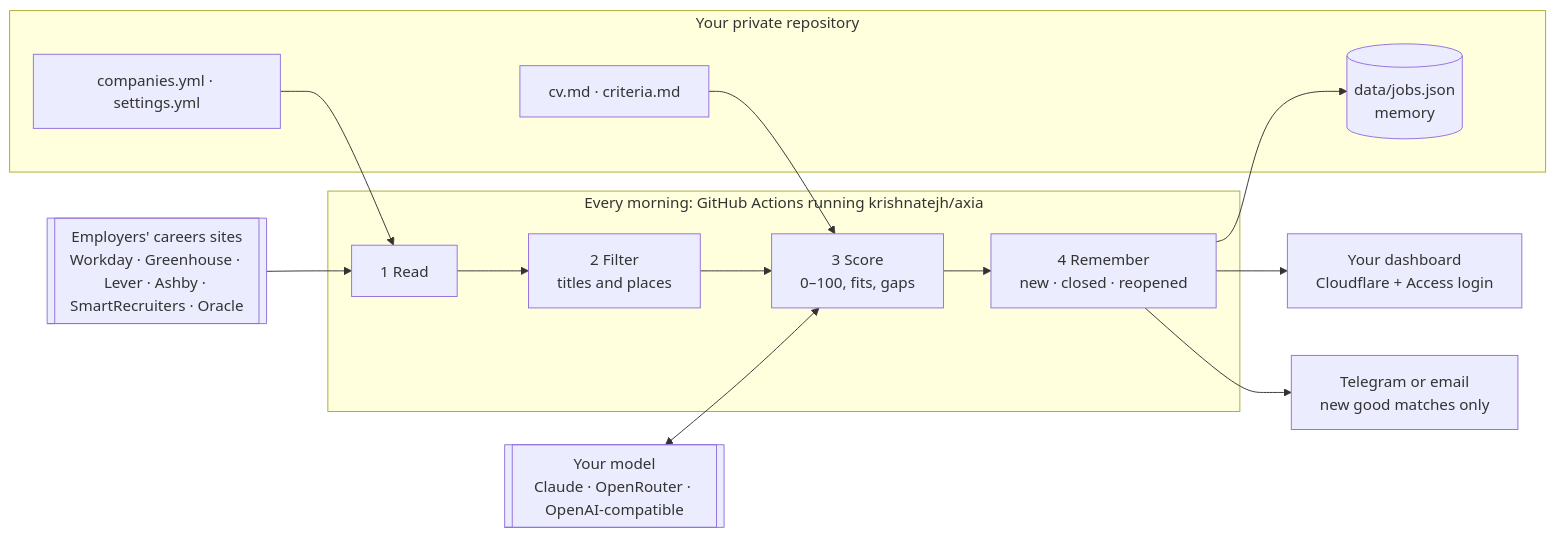
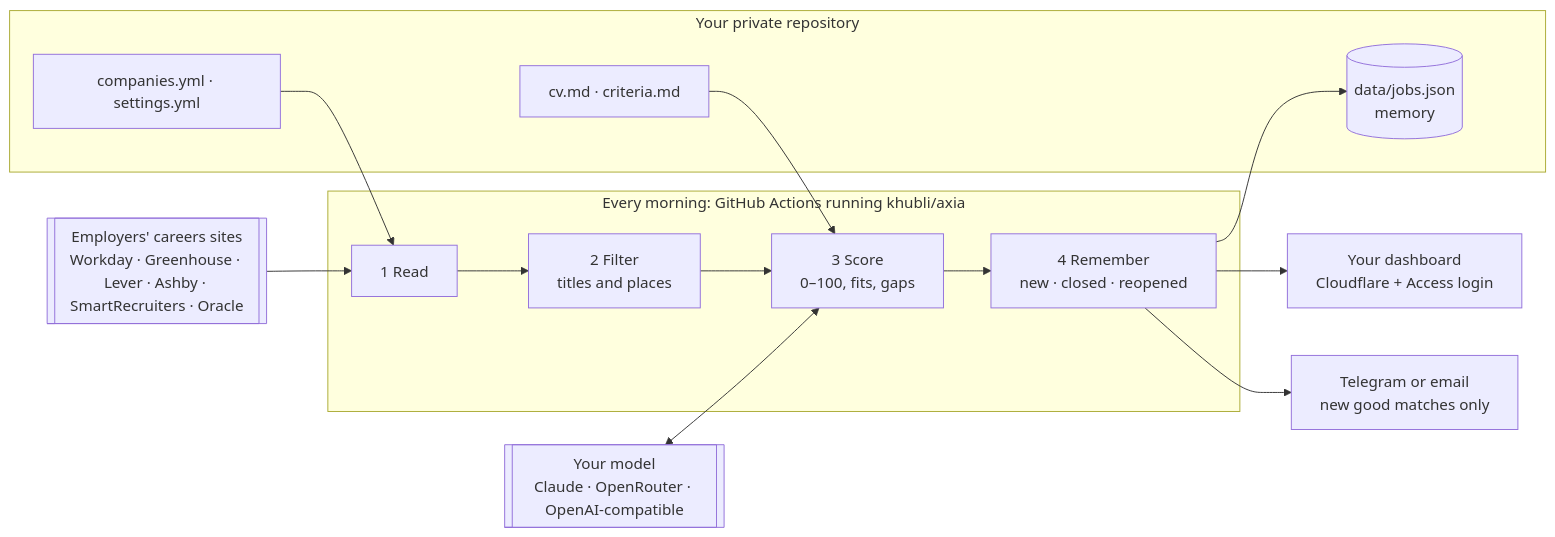
The diagram in docs/how-it-works.md (khubli/axia), drawn with Mermaid before and after one commit. The commit also changed 14 other files, not shown here.

````diff
--- a/docs/how-it-works.md
+++ b/docs/how-it-works.md
@@ -5,20 +5,20 @@
 ```mermaid
 flowchart LR
   subgraph you["Your private repository"]
     cfg["companies.yml · settings.yml"]
     cv["cv.md · criteria.md"]
     mem[("data/jobs.json<br/>memory")]
   end
   sites[["Employers' careers sites<br/>Workday · Greenhouse · Lever · Ashby · SmartRecruiters · Oracle"]]
   model[["Your model<br/>Claude · OpenRouter · OpenAI-compatible"]]
-  subgraph run["Every morning: GitHub Actions running krishnatejh/axia"]
+  subgraph run["Every morning: GitHub Actions running khubli/axia"]
     read["1 Read"] --> filter["2 Filter<br/>titles and places"] --> score["3 Score<br/>0–100, fits, gaps"] --> remember["4 Remember<br/>new · closed · reopened"]
   end
   cfg --> read
   sites --> read
   cv --> score
   model <--> score
   remember --> mem
   remember --> dash["Your dashboard<br/>Cloudflare + Access login"]
   remember --> msg["Telegram or email<br/>new good matches only"]
 ```
````
